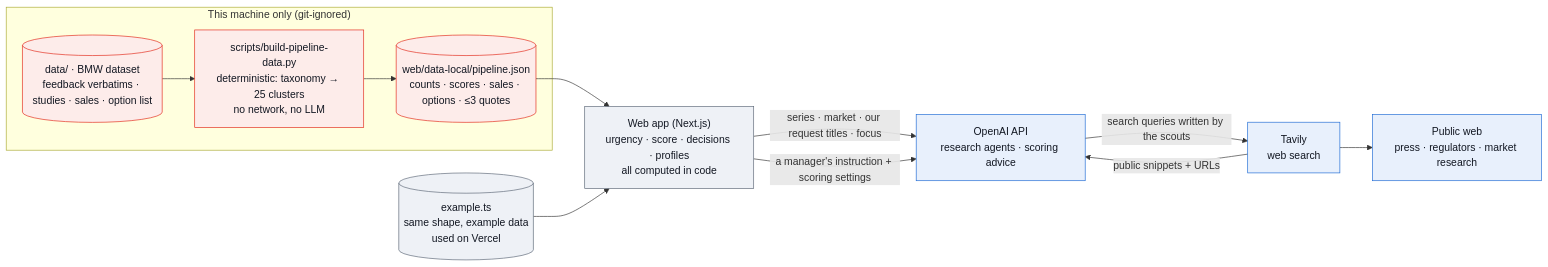
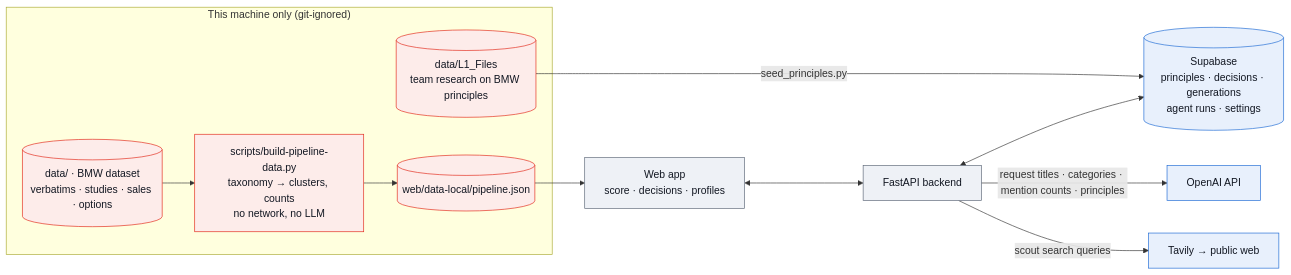
One commit to european-hackathon-league/submission-1ed05f96-9921-4f14-8fc3-e6402bea84fd-1413423705 changed the third of 3 diagrams in docs/architecture/10-backend-agents.md. Above: the diagram before and after it, drawn with Mermaid. The commit also changed other lines of this file and 13 other files, not shown here.

First line of the commit message:
Docs: README and architecture as built (principle assessor, Supabase, decision memory)

````diff
--- a/docs/architecture/10-backend-agents.md
+++ b/docs/architecture/10-backend-agents.md
@@ -50,27 +83,24 @@
 ```mermaid
 flowchart LR
-  %% Privacy boundary: BMW data never leaves the machine; only our own titles and public web content reach external services.
   classDef local fill:#fdecea,stroke:#e22718,color:#121722
   classDef ours fill:#eef1f6,stroke:#5b6676,color:#121722
   classDef ext fill:#e8f0fc,stroke:#1c69d4,color:#121722
 
   subgraph LOCAL["This machine only (git-ignored)"]
-    BMW[("data/ · BMW dataset<br/>feedback verbatims · studies · sales · option list")]:::local
-    SCR["scripts/build-pipeline-data.py<br/>deterministic: taxonomy → 25 clusters<br/>no network, no LLM"]:::local
-    PJ[("web/data-local/pipeline.json<br/>counts · scores · sales · options · ≤3 quotes")]:::local
+    BMW[("data/ · BMW dataset<br/>verbatims · studies · sales · options")]:::local
+    L1F[("data/L1_Files<br/>team research on BMW principles")]:::local
+    SCR["scripts/build-pipeline-data.py<br/>taxonomy → clusters, counts<br/>no network, no LLM"]:::local
+    PJ[("web/data-local/pipeline.json")]:::local
   end
-
-  WEB["Web app (Next.js)<br/>urgency · score · decisions · profiles<br/>all computed in code"]:::ours
-  EX[("example.ts<br/>same shape, example data<br/>used on Vercel")]:::ours
-
-  OAI["OpenAI API<br/>research agents · scoring advice"]:::ext
-  TAV["Tavily<br/>web search"]:::ext
-  WWW["Public web<br/>press · regulators · market research"]:::ext
+  WEB["Web app<br/>score · decisions · profiles"]:::ours
+  API["FastAPI backend"]:::ours
+  DB[("Supabase<br/>principles · decisions · generations<br/>agent runs · settings")]:::ext
+  OAI["OpenAI API"]:::ext
+  TAV["Tavily → public web"]:::ext
 
   BMW --> SCR --> PJ --> WEB
-  EX --> WEB
-  WEB -- "series · market · our request titles · focus" --> OAI
-  WEB -- "a manager's instruction + scoring settings" --> OAI
-  OAI -- "search queries written by the scouts" --> TAV --> WWW
-  TAV -- "public snippets + URLs" --> OAI
+  L1F -- "seed_principles.py" --> DB
+  WEB <--> API <--> DB
+  API -- "request titles · categories · mention counts · principles" --> OAI
+  API -- "scout search queries" --> TAV
 ```
````
